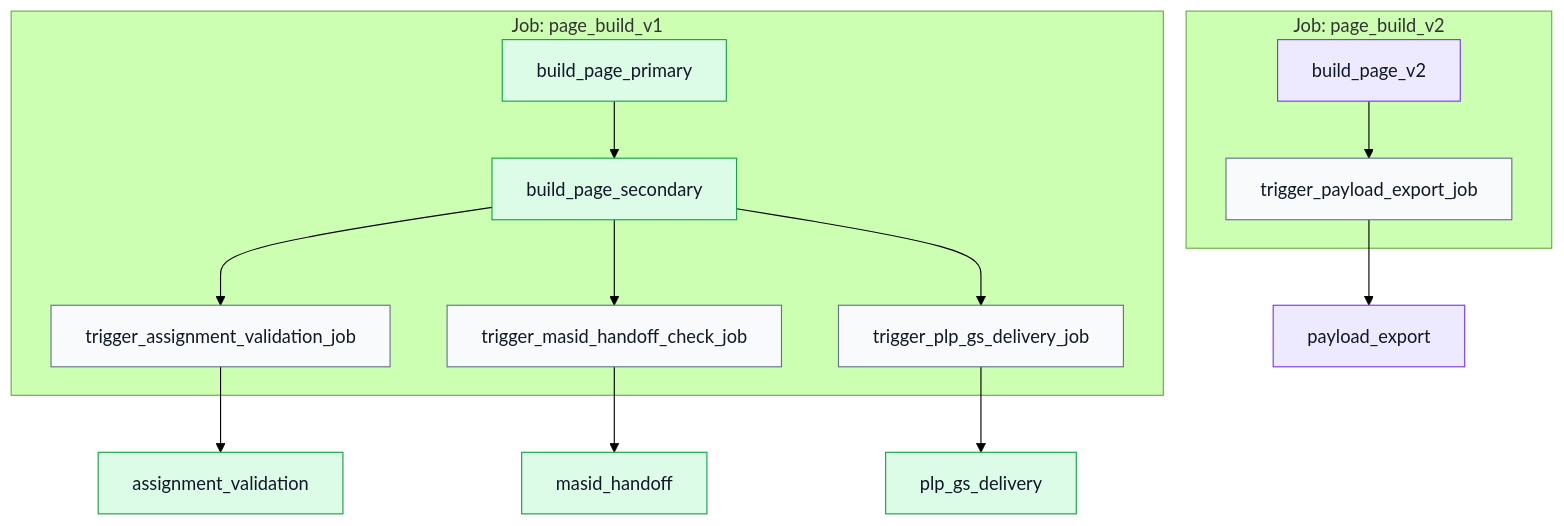
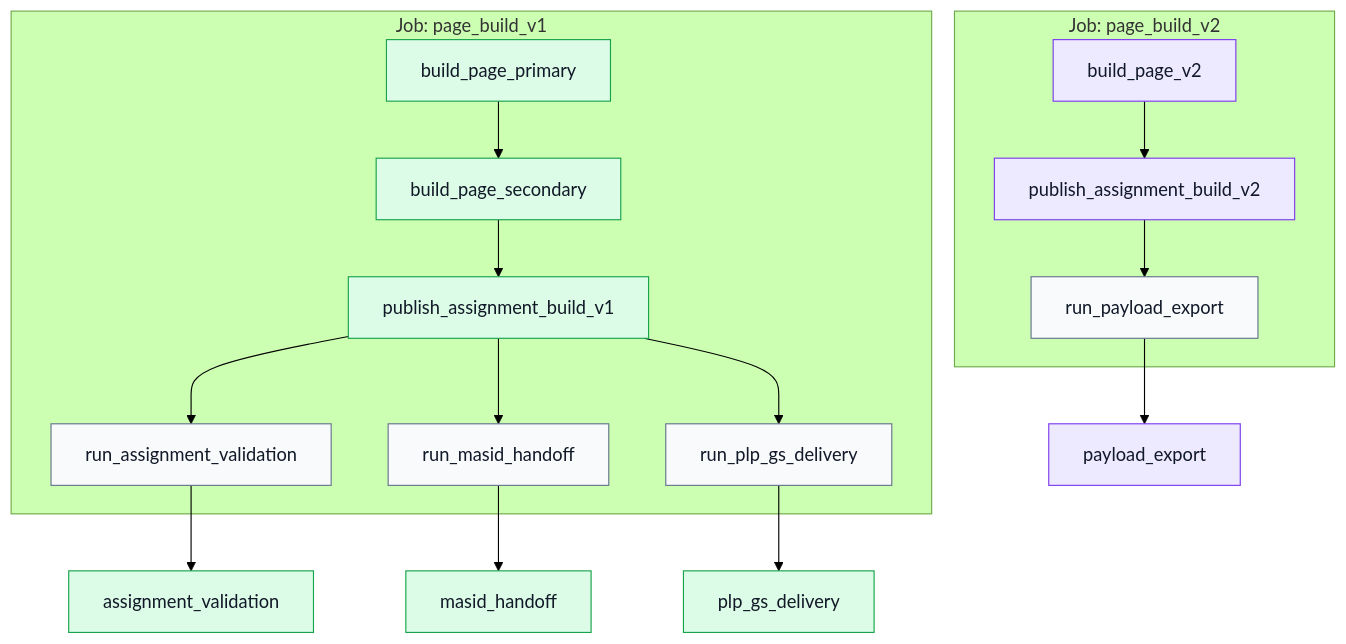
Before and after one commit to swblain-glyndwr/personal_project: the third of 7 diagrams in docs/CICD/nextads_databricks_runtime_map.md, drawn with Mermaid (forest theme). The commit also changed other lines of this file and 36 other files, not shown here.

````diff
--- a/docs/CICD/nextads_databricks_runtime_map.md
+++ b/docs/CICD/nextads_databricks_runtime_map.md
@@ -176,27 +154,30 @@
 ```mermaid
 flowchart TD
   classDef v1 fill:#dcfce7,stroke:#16a34a,color:#111827
   classDef v2 fill:#ede9fe,stroke:#7c3aed,color:#111827
   classDef trigger fill:#f8fafc,stroke:#64748b,color:#111827
 
   subgraph V1_PAGE_BUILD["Job: page_build_v1"]
     build_page_primary["build_page_primary"]:::v1
     build_page_secondary["build_page_secondary"]:::v1
-    trigger_assignment_validation_job["trigger_assignment_validation_job"]:::trigger
-    trigger_masid_handoff_check_job["trigger_masid_handoff_check_job"]:::trigger
-    trigger_plp_gs_delivery_job["trigger_plp_gs_delivery_job"]:::trigger
+    publish_assignment_build_v1["publish_assignment_build_v1"]:::v1
+    run_assignment_validation["run_assignment_validation"]:::trigger
+    run_masid_handoff["run_masid_handoff"]:::trigger
+    run_plp_gs_delivery["run_plp_gs_delivery"]:::trigger
     build_page_primary --> build_page_secondary
-    build_page_secondary --> trigger_assignment_validation_job
-    build_page_secondary --> trigger_masid_handoff_check_job
-    build_page_secondary --> trigger_plp_gs_delivery_job
+    build_page_secondary --> publish_assignment_build_v1
+    publish_assignment_build_v1 --> run_assignment_validation
+    publish_assignment_build_v1 --> run_masid_handoff
+    publish_assignment_build_v1 --> run_plp_gs_delivery
   end
   subgraph V2_PAGE_BUILD["Job: page_build_v2"]
     build_page_v2["build_page_v2"]:::v2
-    trigger_payload_export_job["trigger_payload_export_job"]:::trigger
-    build_page_v2 --> trigger_payload_export_job
+    publish_assignment_build_v2["publish_assignment_build_v2"]:::v2
+    run_payload_export["run_payload_export"]:::trigger
+    build_page_v2 --> publish_assignment_build_v2 --> run_payload_export
   end
-  trigger_assignment_validation_job --> qa["assignment_validation"]:::v1
-  trigger_masid_handoff_check_job --> masid["masid_handoff"]:::v1
-  trigger_payload_export_job --> payload["payload_export"]:::v2
-  trigger_plp_gs_delivery_job --> plp["plp_gs_delivery"]:::v1
+  run_assignment_validation --> qa["assignment_validation"]:::v1
+  run_masid_handoff --> masid["masid_handoff"]:::v1
+  run_payload_export --> payload["payload_export"]:::v2
+  run_plp_gs_delivery --> plp["plp_gs_delivery"]:::v1
 ```
````
